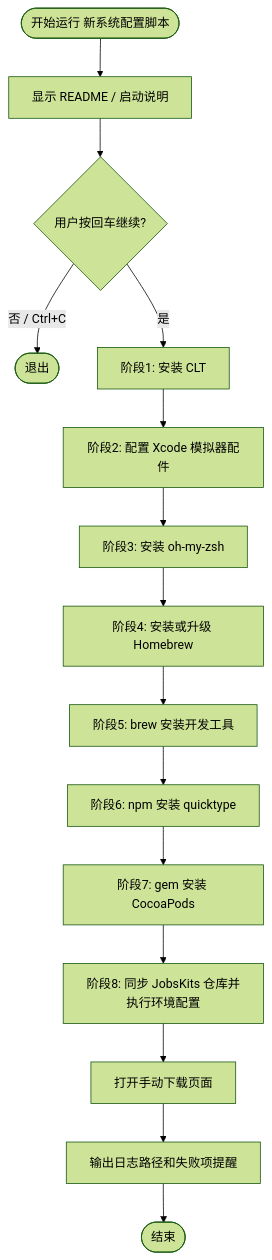
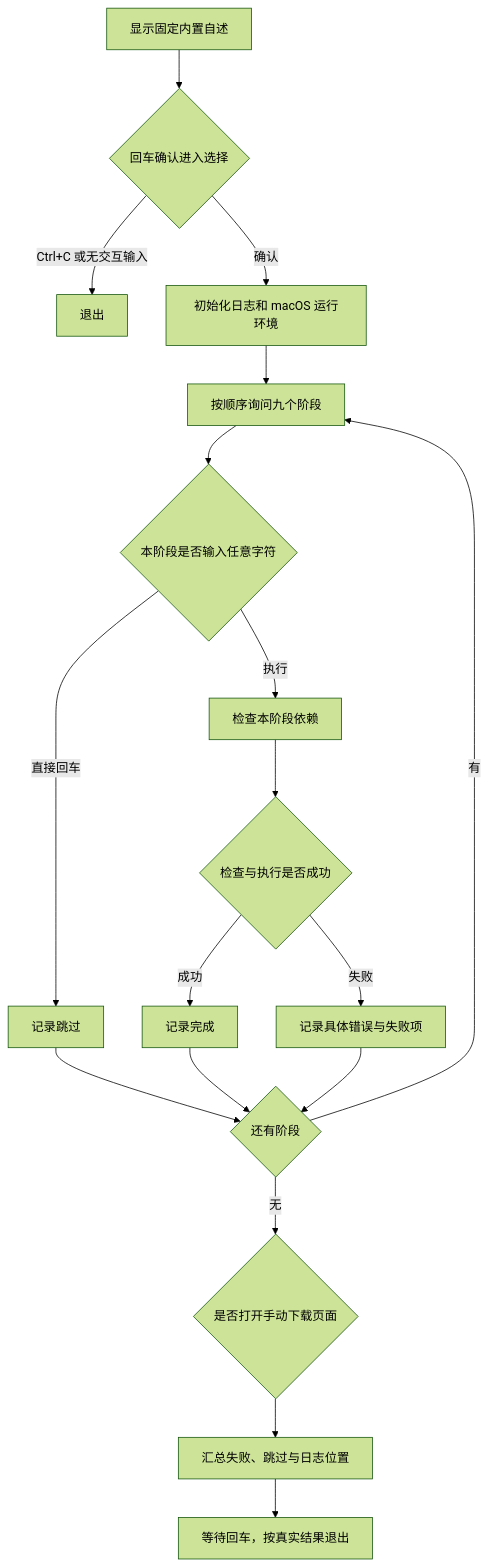
One commit to JobsKits/JobsConfigOS changed the first of 3 diagrams in README.md. Above: the diagram before and after it, drawn with Mermaid (forest theme). The commit also changed other lines of this file and 6 other files, not shown here.

````diff
--- a/README.md
+++ b/README.md
@@ -44,17 +79,20 @@
 ```mermaid
 flowchart TD
-    A([开始运行 新系统配置脚本]) --> B[显示 README / 启动说明]
-    B --> C{用户按回车继续?}
-    C -- 否 / Ctrl+C --> Z([退出])
-    C -- 是 --> D[阶段1: 安装 CLT]
-    D --> E[阶段2: 配置 Xcode 模拟器配件]
-    E --> F[阶段3: 安装 oh-my-zsh]
-    F --> G[阶段4: 安装或升级 Homebrew]
-    G --> H[阶段5: brew 安装开发工具]
-    H --> I[阶段6: npm 安装 quicktype]
-    I --> J[阶段7: gem 安装 CocoaPods]
-    J --> K[阶段8: 同步 JobsKits 仓库并执行环境配置]
-    K --> L[打开手动下载页面]
-    L --> M[输出日志路径和失败项提醒]
-    M --> N([结束])
+    A["显示固定内置自述"] --> B{"回车确认进入选择"}
+    B -->|"Ctrl+C 或无交互输入"| Z["退出"]
+    B -->|"确认"| C["初始化日志和 macOS 运行环境"]
+    C --> D["按顺序询问九个阶段"]
+    D --> E{"本阶段是否输入任意字符"}
+    E -->|"直接回车"| F["记录跳过"]
+    E -->|"执行"| G["检查本阶段依赖"]
+    G --> H{"检查与执行是否成功"}
+    H -->|"成功"| I["记录完成"]
+    H -->|"失败"| J["记录具体错误与失败项"]
+    F --> K{"还有阶段"}
+    I --> K
+    J --> K
+    K -->|"有"| D
+    K -->|"无"| L{"是否打开手动下载页面"}
+    L --> M["汇总失败、跳过与日志位置"]
+    M --> N["等待回车，按真实结果退出"]
 ```
````
